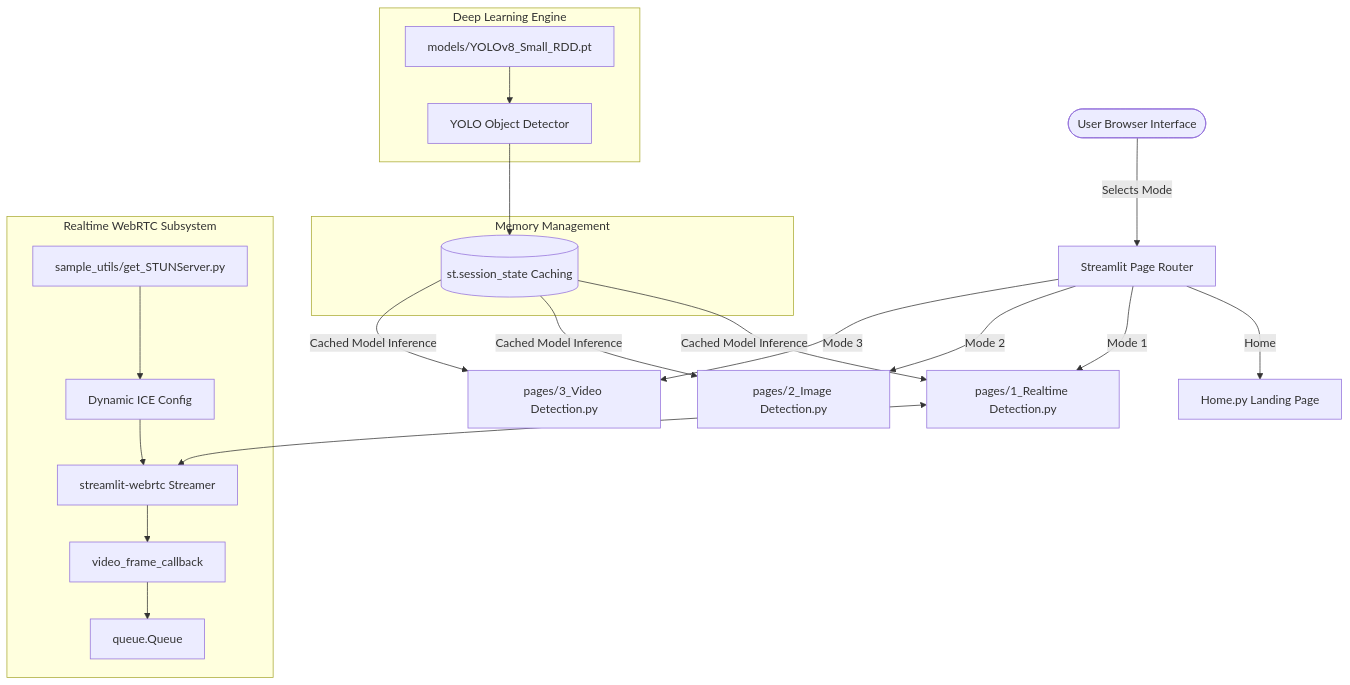
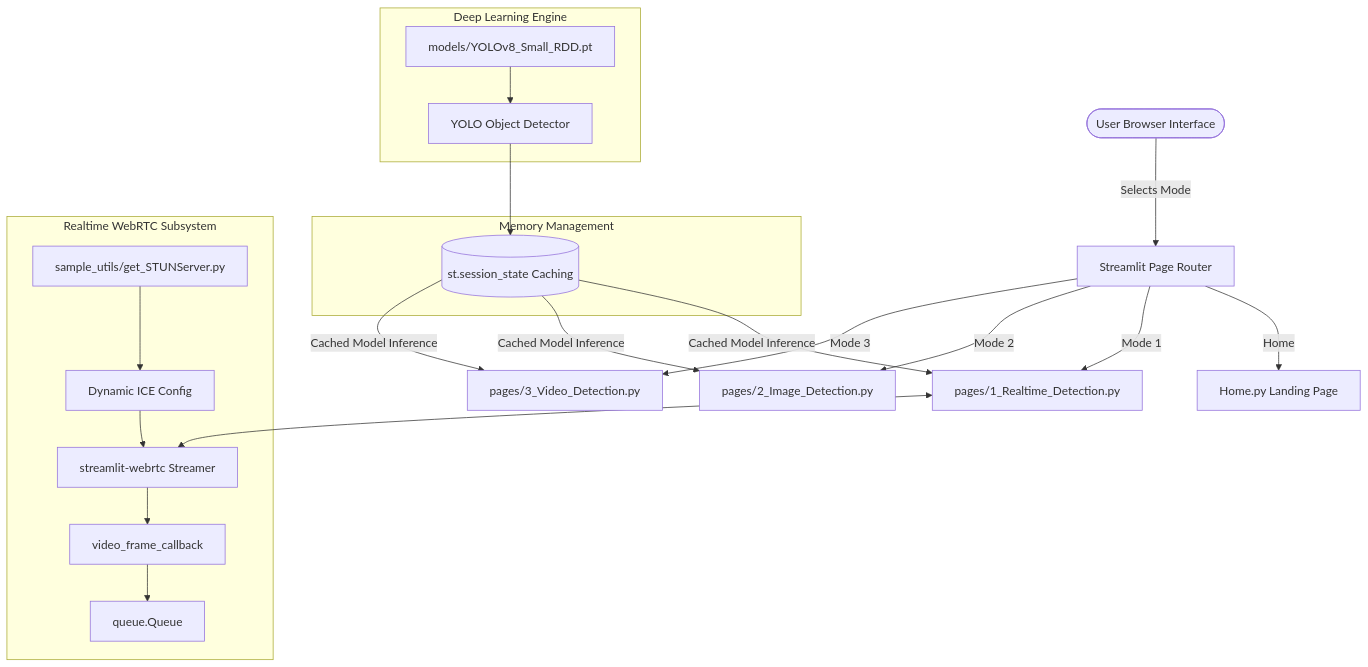
Before and after one commit to Polisetti-Bharath/RoadShield: the diagram in PROJECT_DOCUMENTATION.md, drawn with Mermaid. The commit also changed other lines of this file and 7 other files, not shown here.

````diff
--- a/PROJECT_DOCUMENTATION.md
+++ b/PROJECT_DOCUMENTATION.md
@@ -177,33 +176,33 @@
 ```mermaid
 flowchart TD
     User([User Browser Interface]) -->|Selects Mode| Sidebar[Streamlit Page Router]
 
     Sidebar -->|Home| Page0[Home.py Landing Page]
-    Sidebar -->|Mode 1| Page1[pages/1_Realtime Detection.py]
-    Sidebar -->|Mode 2| Page2[pages/2_Image Detection.py]
-    Sidebar -->|Mode 3| Page3[pages/3_Video Detection.py]
+    Sidebar -->|Mode 1| Page1[pages/1_Realtime_Detection.py]
+    Sidebar -->|Mode 2| Page2[pages/2_Image_Detection.py]
+    Sidebar -->|Mode 3| Page3[pages/3_Video_Detection.py]
 
     subgraph Deep Learning Engine
         Weights[models/YOLOv8_Small_RDD.pt]
         ModelInstance[YOLO Object Detector]
         Weights --> ModelInstance
     end
 
     subgraph Memory Management
         SessionState[(st.session_state Caching)]
         ModelInstance --> SessionState
     end
 
     SessionState -->|Cached Model Inference| Page1
     SessionState -->|Cached Model Inference| Page2
     SessionState -->|Cached Model Inference| Page3
 
     subgraph Realtime WebRTC Subsystem
         STUNScript[sample_utils/get_STUNServer.py] --> STUNServer[Dynamic ICE Config]
         STUNServer --> WebRTCComponent[streamlit-webrtc Streamer]
         WebRTCComponent --> FrameCallback[video_frame_callback]
         FrameCallback --> ThreadQueue[queue.Queue]
     end
 
     Page1 <--> WebRTCComponent
 ```
````
